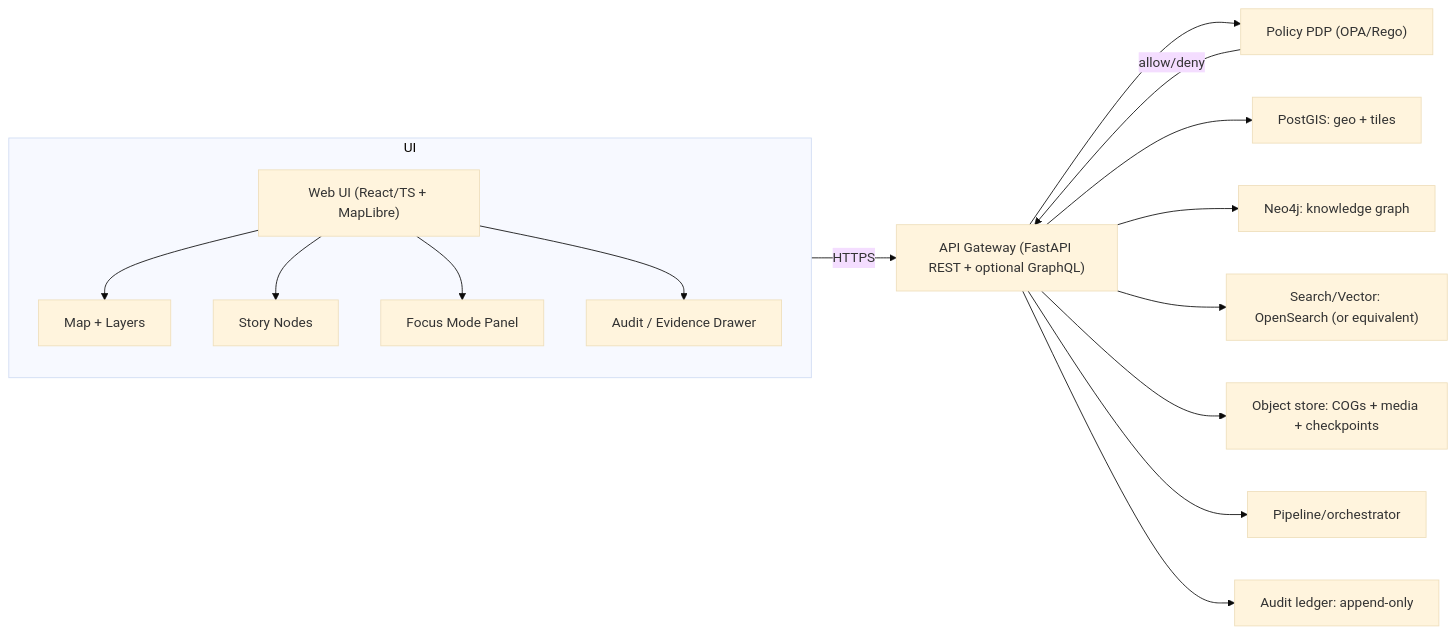
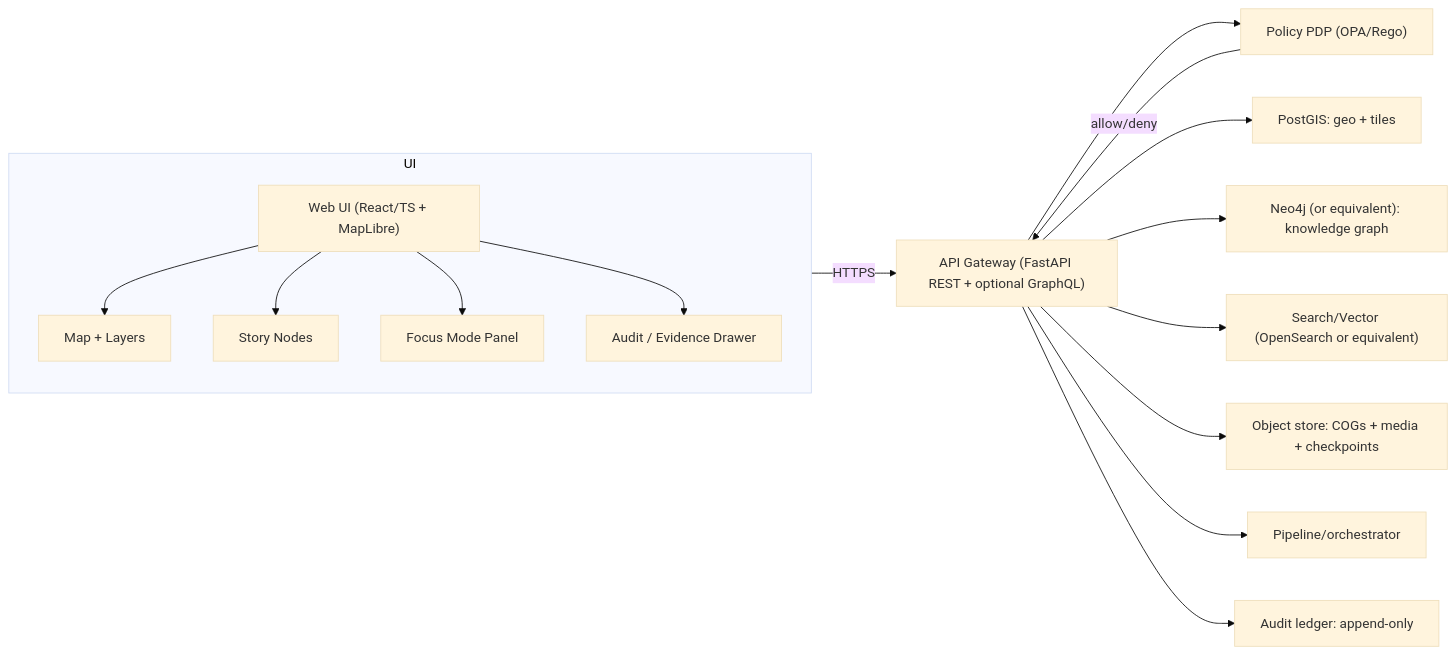
The second of 3 diagrams in README.md (bartytime4life/Kansas-Frontier-Matrix), drawn with Mermaid (base theme) before and after one commit. The commit also changed other lines of this file, not shown here.

````diff
--- a/README.md
+++ b/README.md
@@ -192,26 +233,26 @@
 ```mermaid
 flowchart LR
   subgraph UI
     direction TB
     UI_T["Web UI (React/TS + MapLibre)"]
     Map["Map + Layers"]
     Story["Story Nodes"]
     Focus["Focus Mode Panel"]
     Audit["Audit / Evidence Drawer"]
     UI_T --> Map
     UI_T --> Story
     UI_T --> Focus
     UI_T --> Audit
   end
 
   UI_T -->|"HTTPS"| GW["API Gateway (FastAPI REST + optional GraphQL)"]
   GW --> PDP["Policy PDP (OPA/Rego)"]
   PDP -->|"allow/deny"| GW
 
   GW --> PG["PostGIS: geo + tiles"]
-  GW --> KG["Neo4j: knowledge graph"]
-  GW --> SV["Search/Vector: OpenSearch (or equivalent)"]
+  GW --> KG["Neo4j (or equivalent): knowledge graph"]
+  GW --> SV["Search/Vector (OpenSearch or equivalent)"]
   GW --> OBJ["Object store: COGs + media + checkpoints"]
   GW --> PL["Pipeline/orchestrator"]
   GW --> AL["Audit ledger: append-only"]
 ```
````
